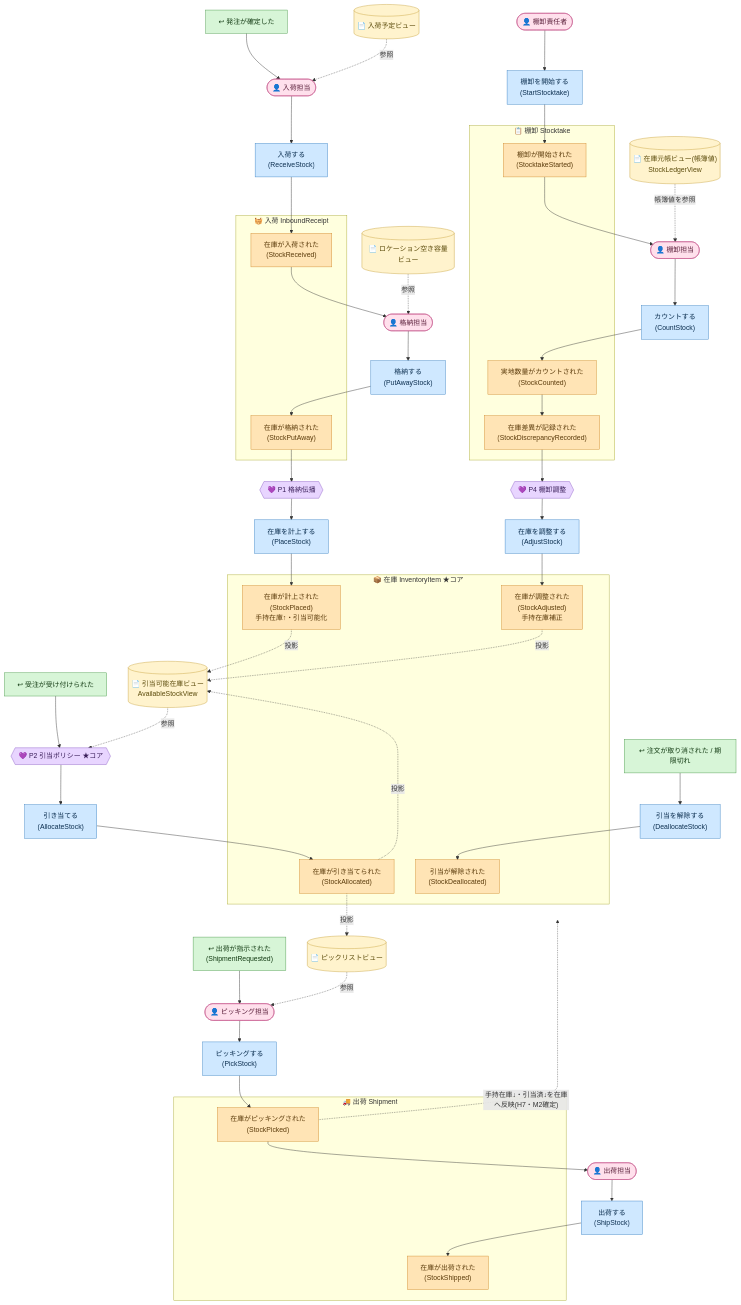
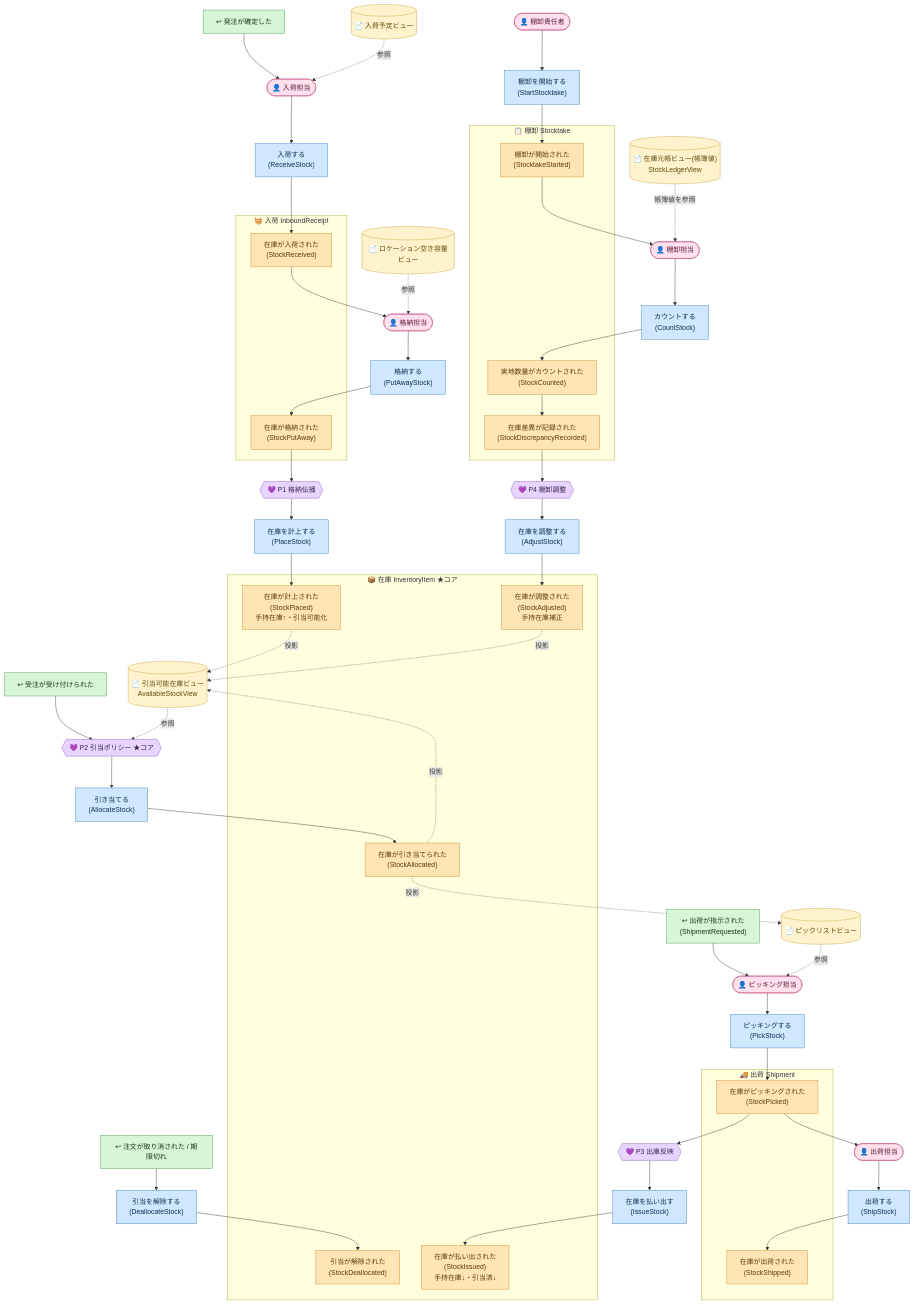
One commit to nenokido2000/event-sourcing-handson changed the diagram in docs/event-storming/02-process.md. Above: the diagram before and after it, drawn with Mermaid. The commit also changed other lines of this file and 4 other files, not shown here.

```diff
--- a/docs/event-storming/02-process.md
+++ b/docs/event-storming/02-process.md
@@ -101,6 +102,7 @@
     C_ALLOC["引き当てる<br/>(AllocateStock)"]:::cmd
     C_DEALLOC["引当を解除する<br/>(DeallocateStock)"]:::cmd
     C_PICK["ピッキングする<br/>(PickStock)"]:::cmd
+    C_ISSUE["在庫を払い出す<br/>(IssueStock)"]:::cmd
     C_SHIP["出荷する<br/>(ShipStock)"]:::cmd
     C_STK["棚卸を開始する<br/>(StartStocktake)"]:::cmd
     C_CNT["カウントする<br/>(CountStock)"]:::cmd
@@ -109,6 +111,7 @@
     %% ── ポリシー（💜・自動反応）──
     P1{{"💜 P1 格納伝播"}}:::pol
     P2{{"💜 P2 引当ポリシー ★コア"}}:::pol
+    P3{{"💜 P3 出庫反映"}}:::pol
     P4{{"💜 P4 棚卸調整"}}:::pol
 
     %% ── 集約（整合性境界）＝サブグラフ ──
@@ -120,6 +123,7 @@
       E_PLACE["在庫が計上された<br/>(StockPlaced)<br/>手持在庫↑・引当可能化"]:::evt
       E_ALLOC["在庫が引き当てられた<br/>(StockAllocated)"]:::evt
       E_DEALLOC["引当が解除された<br/>(StockDeallocated)"]:::evt
+      E_ISSUE["在庫が払い出された<br/>(StockIssued)<br/>手持在庫↓・引当済↓"]:::evt
       E_ADJ["在庫が調整された<br/>(StockAdjusted)<br/>手持在庫補正"]:::evt
     end
     subgraph AG_SHIP["🚚 出荷 Shipment"]
@@ -152,7 +156,7 @@
     RM_PICK -.参照.-> A_PICK
     A_PICK --> C_PICK --> E_PICK
     E_PICK --> A_SHIP --> C_SHIP --> E_SHIP
-    E_PICK -. 手持在庫↓・引当済↓を在庫へ反映(H7・M2確定) .-> AG_INV
+    E_PICK --> P3 --> C_ISSUE --> E_ISSUE
 
     %% ── 棚卸（人＋自動）──
     A_STK --> C_STK --> E_STKSTART
```
